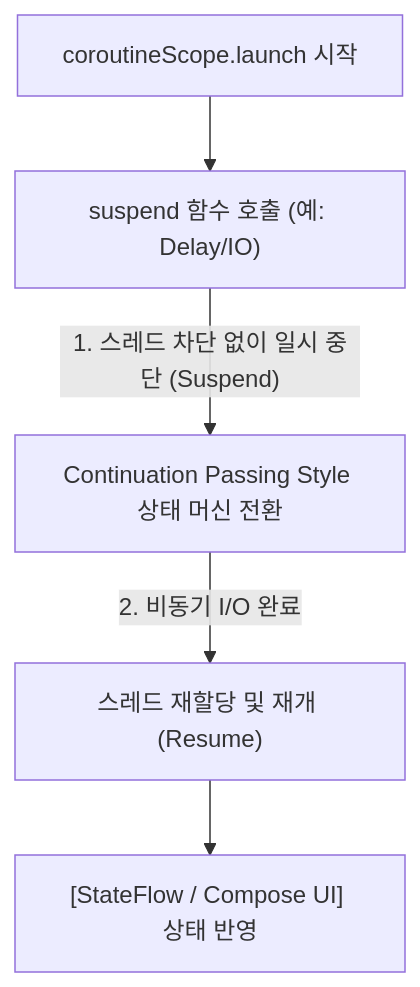
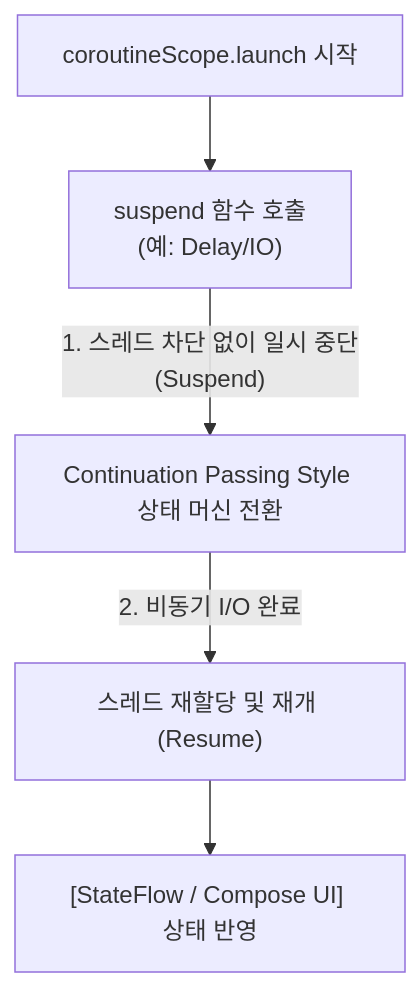
Before and after one commit to youngmin-gwon/what-i-studied: the diagram in 01_inbox/mobile/android/02_app_framework/kotlin-coroutines.md, drawn with Mermaid. The commit also changed other lines of this file, not shown here.

Commit message:
vault backup: 2026-08-07 14:16:03

````diff
--- a/01_inbox/mobile/android/02_app_framework/kotlin-coroutines.md
+++ b/01_inbox/mobile/android/02_app_framework/kotlin-coroutines.md
@@ -25,7 +25,7 @@
 ```mermaid
 graph TD
-    Start["coroutineScope.launch 시작"] --> SuspendPoint["suspend 함수 호출 (예: Delay/IO)"]
-    SuspendPoint -->|"1. 스레드 차단 없이 일시 중단 (Suspend)"| CPS["Continuation Passing Style 상태 머신 전환"]
+    Start["coroutineScope.launch 시작"] --> SuspendPoint["suspend 함수 호출<br/>(예: Delay/IO)"]
+    SuspendPoint -->|"1. 스레드 차단 없이 일시 중단<br/>(Suspend)"| CPS["Continuation Passing Style 상태 머신 전환"]
     CPS -->|"2. 비동기 I/O 완료"| ResumePoint["스레드 재할당 및 재개 (Resume)"]
     ResumePoint --> UIUpdate["[StateFlow / Compose UI] 상태 반영"]
 ```
````
